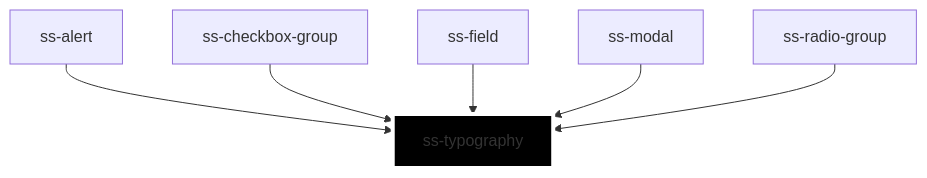
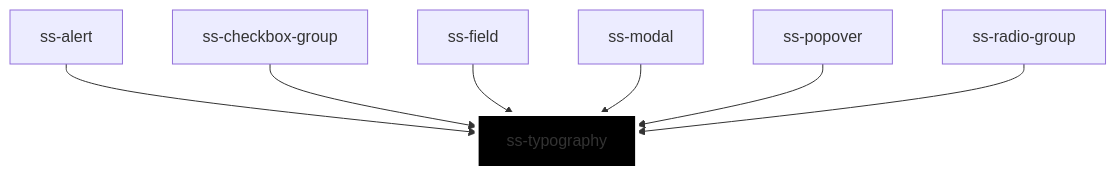
Before and after one commit to slice-soft/ss-stencil-web-components-lib: the diagram in src/components/atoms/ss-typography/readme.md, drawn with Mermaid. The commit also changed other lines of this file and 81 other files, not shown here.

````diff
--- a/src/components/atoms/ss-typography/readme.md
+++ b/src/components/atoms/ss-typography/readme.md
@@ -45,9 +46,10 @@
 ```mermaid
 graph TD;
   ss-alert --> ss-typography
   ss-checkbox-group --> ss-typography
   ss-field --> ss-typography
   ss-modal --> ss-typography
+  ss-popover --> ss-typography
   ss-radio-group --> ss-typography
   style ss-typography fill:#000,stroke:#fff,stroke-width:4px
 ```
````
